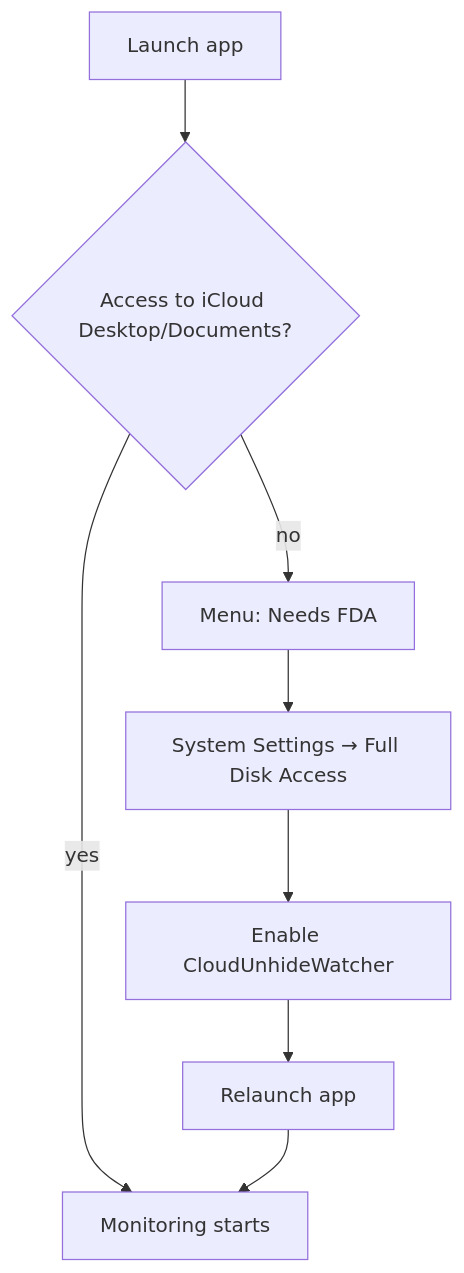
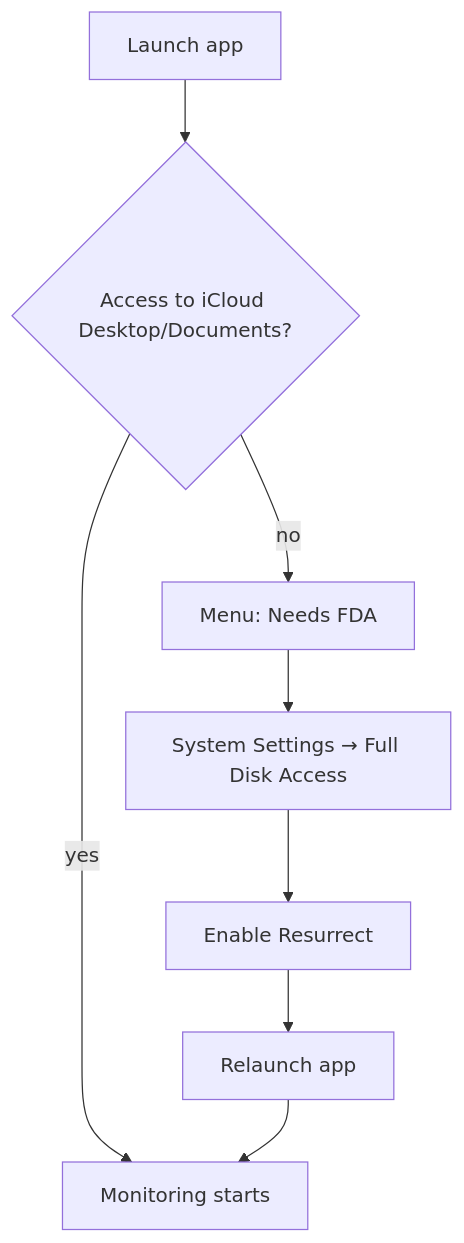
The diagram in docs/getting-started.md (roto31/Resurrect), drawn with Mermaid before and after one commit. The commit also changed other lines of this file and 25 other files, not shown here.

````diff
--- a/docs/getting-started.md
+++ b/docs/getting-started.md
@@ -13,10 +13,10 @@
 ```mermaid
 flowchart TD
   A[Launch app] --> B{Access to iCloud Desktop/Documents?}
   B -->|no| C[Menu: Needs FDA]
   C --> D[System Settings → Full Disk Access]
-  D --> E[Enable CloudUnhideWatcher]
+  D --> E[Enable Resurrect]
   E --> F[Relaunch app]
   B -->|yes| G[Monitoring starts]
   F --> G
 ```
````
